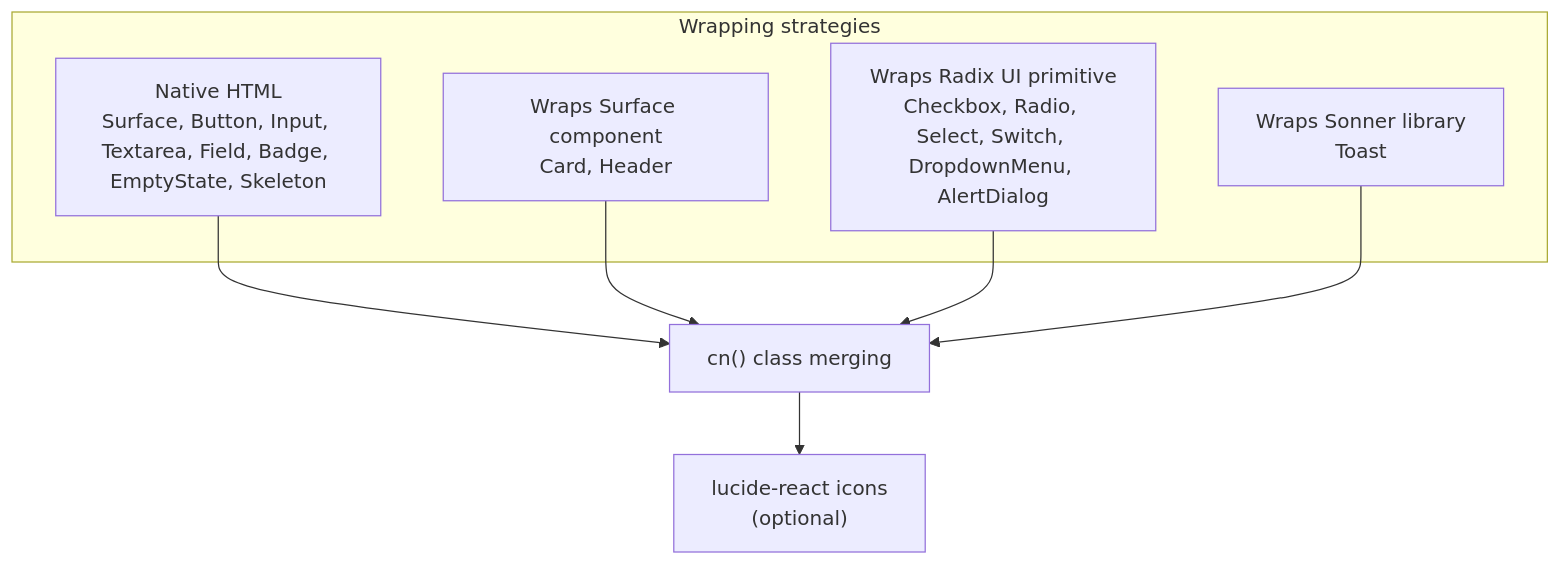
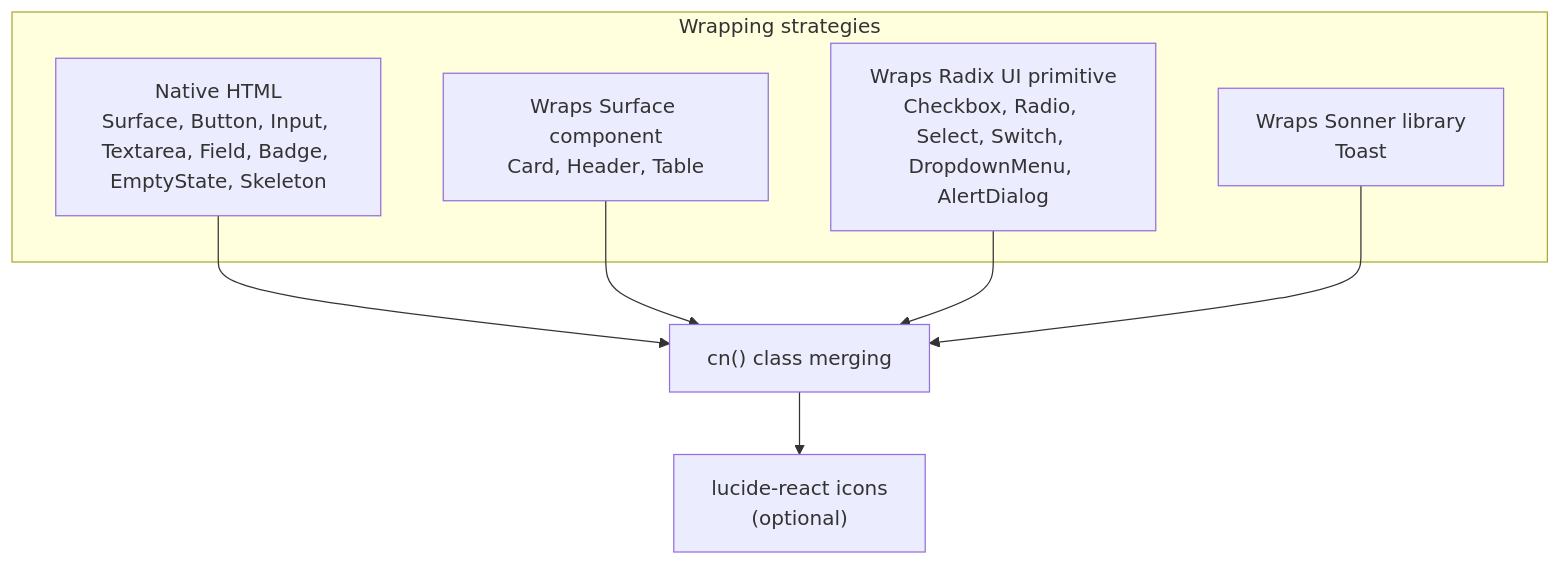
One commit to fuadrifki/almaarif-jambi-plus changed the sixth of 11 diagrams in .ai/ARCHITECTURE.md. Above: the diagram before and after it, drawn with Mermaid. The commit also changed other lines of this file and 12 other files, not shown here.

````diff
--- a/.ai/ARCHITECTURE.md
+++ b/.ai/ARCHITECTURE.md
@@ -497,16 +498,16 @@
 ```mermaid
 graph TD
     subgraph "Wrapping strategies"
         NATIVE["Native HTML<br/>Surface, Button, Input, Textarea, Field, Badge, EmptyState, Skeleton"]
-        SURFACE_WRAP["Wraps Surface component<br/>Card, Header"]
+        SURFACE_WRAP["Wraps Surface component<br/>Card, Header, Table"]
         RADIX["Wraps Radix UI primitive<br/>Checkbox, Radio, Select, Switch, DropdownMenu, AlertDialog"]
         SONNER_WRAP["Wraps Sonner library<br/>Toast"]
     end
 
     NATIVE --> CN["cn() class merging"]
     SURFACE_WRAP --> CN
     RADIX --> CN
     SONNER_WRAP --> CN
 
     CN --> LU["lucide-react icons<br/>(optional)"]
 ```
````
